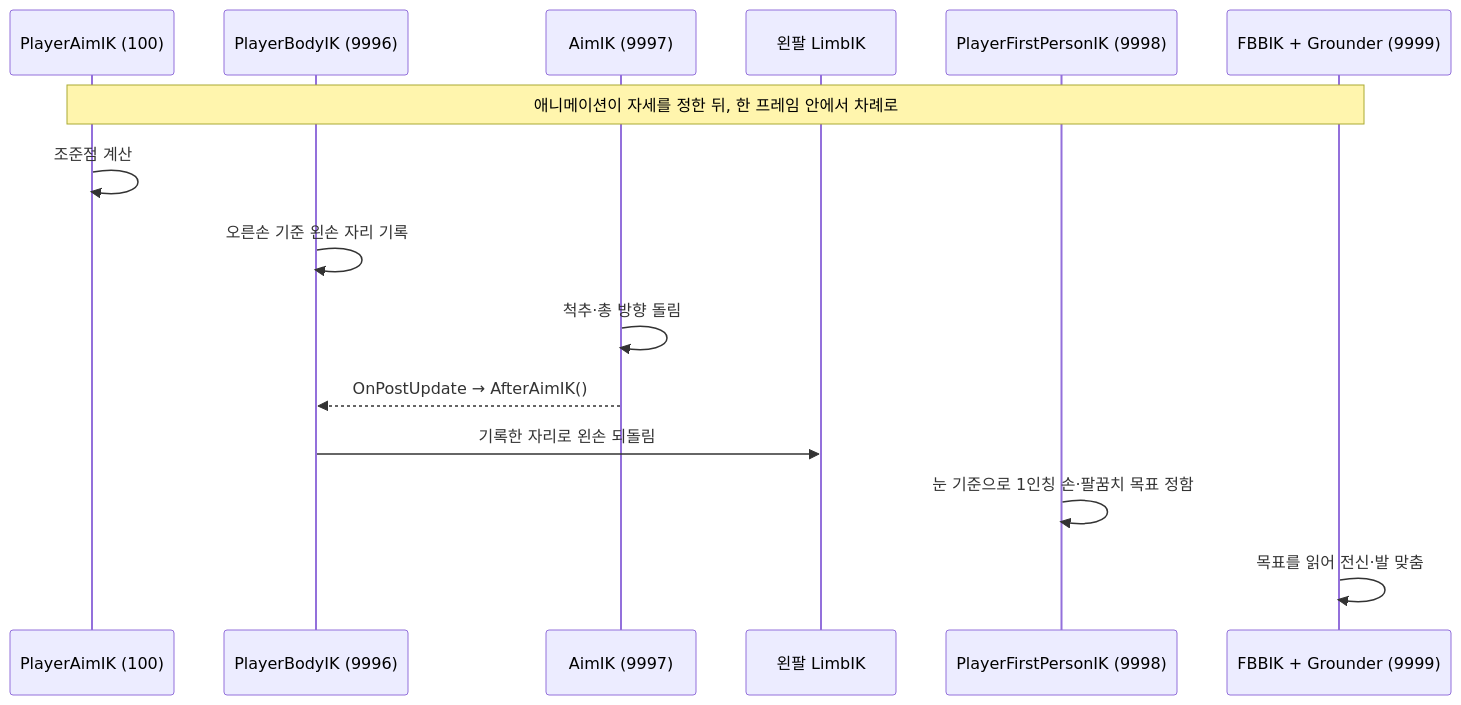
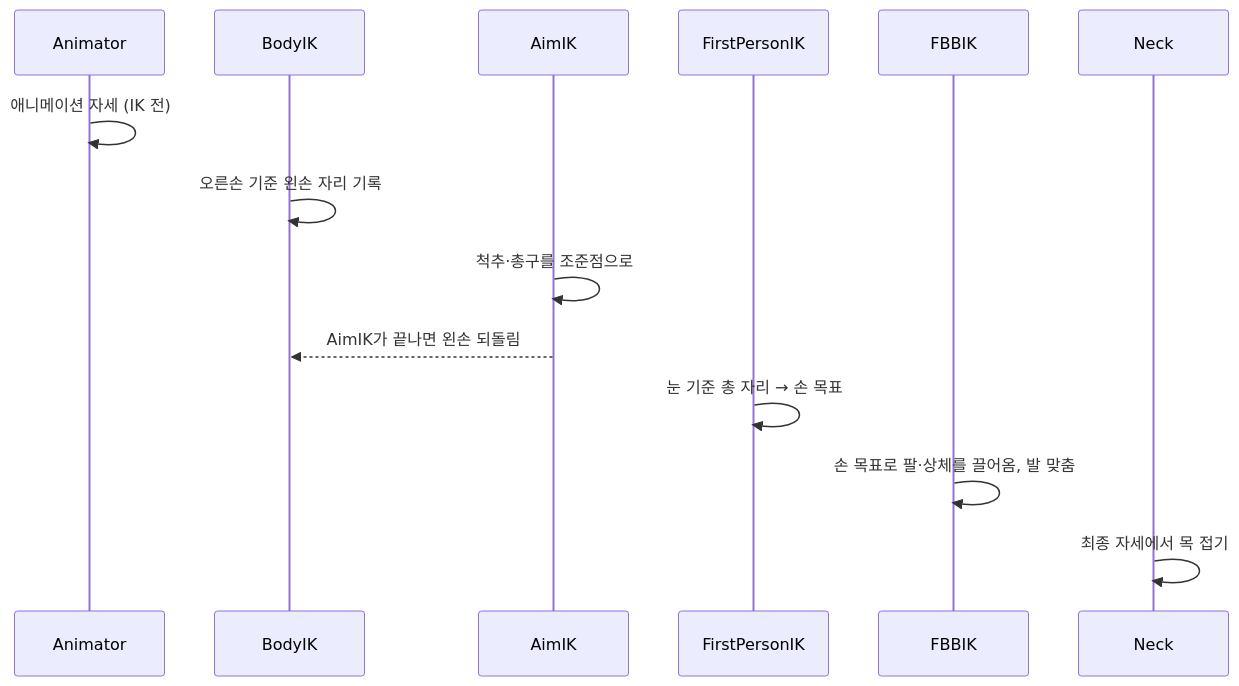
One commit to krr6606/krr6606.github.io changed the first of 2 diagrams in src/3-hive-purge/기술문서.md. Above: the diagram before and after it, drawn with Mermaid. The commit also changed other lines of this file and 2 other files, not shown here.

````diff
--- a/src/3-hive-purge/기술문서.md
+++ b/src/3-hive-purge/기술문서.md
@@ -45,17 +55,16 @@
 ```mermaid
 sequenceDiagram
-    participant PA as PlayerAimIK (100)
-    participant PB as PlayerBodyIK (9996)
-    participant AI as AimIK (9997)
-    participant LL as 왼팔 LimbIK
-    participant FP as PlayerFirstPersonIK (9998)
-    participant FB as FBBIK + Grounder (9999)
-    Note over PA,FB: 애니메이션이 자세를 정한 뒤, 한 프레임 안에서 차례로
-    PA->>PA: 조준점 계산
-    PB->>PB: 오른손 기준 왼손 자리 기록
-    AI->>AI: 척추·총 방향 돌림
-    AI-->>PB: OnPostUpdate → AfterAimIK()
-    PB->>LL: 기록한 자리로 왼손 되돌림
-    FP->>FP: 눈 기준으로 1인칭 손·팔꿈치 목표 정함
-    FB->>FB: 목표를 읽어 전신·발 맞춤
+    participant AN as Animator
+    participant BI as BodyIK
+    participant AI as AimIK
+    participant FP as FirstPersonIK
+    participant FB as FBBIK
+    participant NK as Neck
+    AN->>AN: 애니메이션 자세 (IK 전)
+    BI->>BI: 오른손 기준 왼손 자리 기록
+    AI->>AI: 척추·총구를 조준점으로
+    AI-->>BI: AimIK가 끝나면 왼손 되돌림
+    FP->>FP: 눈 기준 총 자리 → 손 목표
+    FB->>FB: 손 목표로 팔·상체를 끌어옴, 발 맞춤
+    NK->>NK: 최종 자세에서 목 접기
 ```
````
